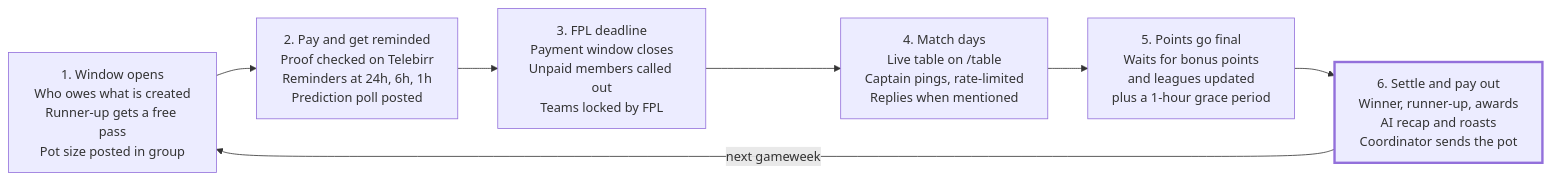
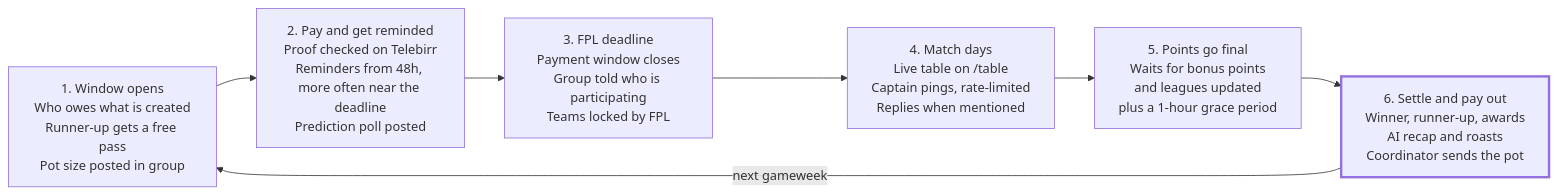
The first of 2 diagrams in docs/SPEC.md (Geze296/pot_bot), drawn with Mermaid before and after one commit. The commit also changed other lines of this file and 4 other files, not shown here.

````diff
--- a/docs/SPEC.md
+++ b/docs/SPEC.md
@@ -72,12 +72,12 @@
 ```mermaid
 flowchart LR
     A["1. Window opens<br/>Who owes what is created<br/>Runner-up gets a free pass<br/>Pot size posted in group"]
-    B["2. Pay and get reminded<br/>Proof checked on Telebirr<br/>Reminders at 24h, 6h, 1h<br/>Prediction poll posted"]
-    C["3. FPL deadline<br/>Payment window closes<br/>Unpaid members called out<br/>Teams locked by FPL"]
+    B["2. Pay and get reminded<br/>Proof checked on Telebirr<br/>Reminders from 48h, more often near the deadline<br/>Prediction poll posted"]
+    C["3. FPL deadline<br/>Payment window closes<br/>Group told who is participating<br/>Teams locked by FPL"]
     D["4. Match days<br/>Live table on /table<br/>Captain pings, rate-limited<br/>Replies when mentioned"]
     E["5. Points go final<br/>Waits for bonus points<br/>and leagues updated<br/>plus a 1-hour grace period"]
     F["6. Settle and pay out<br/>Winner, runner-up, awards<br/>AI recap and roasts<br/>Coordinator sends the pot"]
     A --> B --> C --> D --> E --> F
     F -- next gameweek --> A
     style F stroke-width:3px
 ```
````
